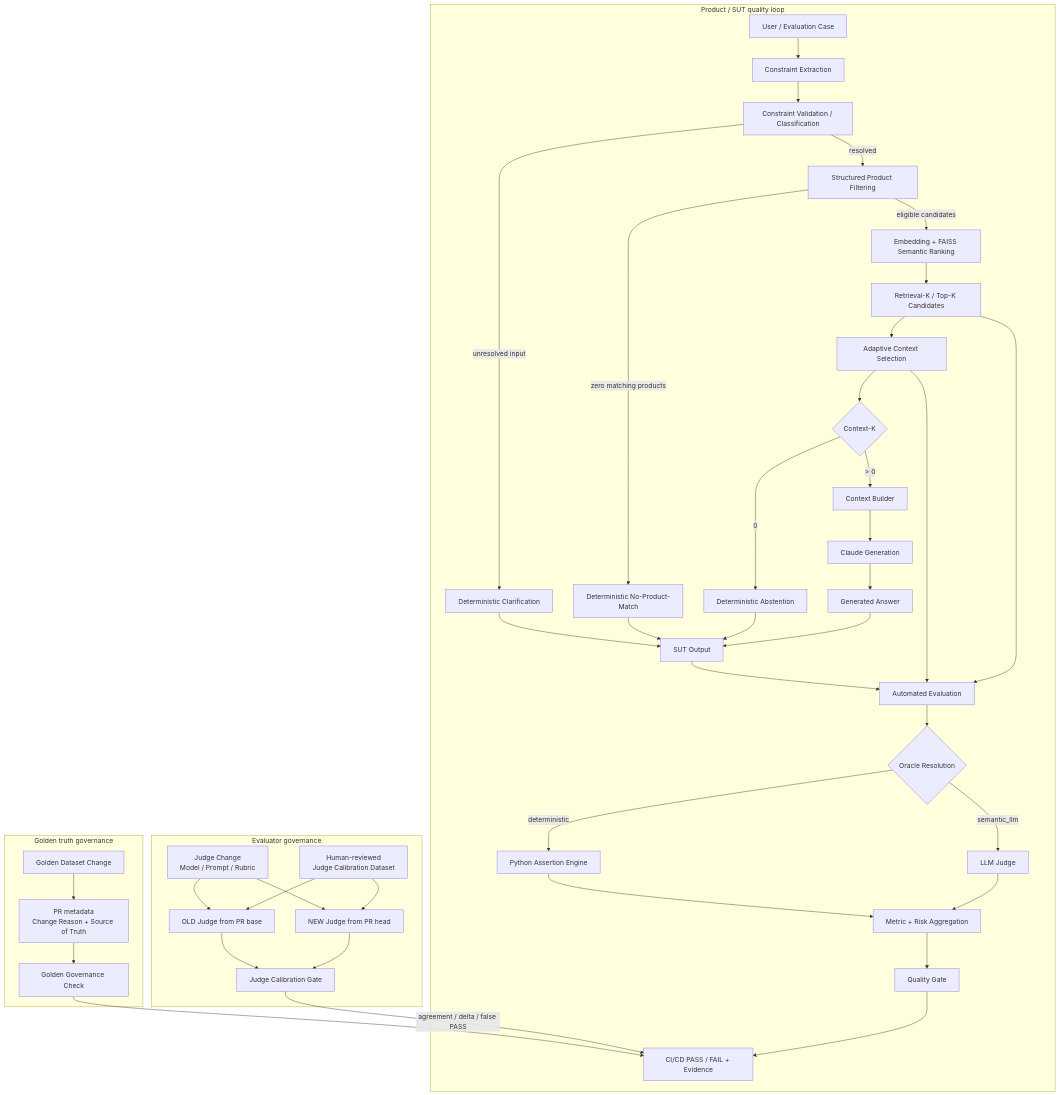
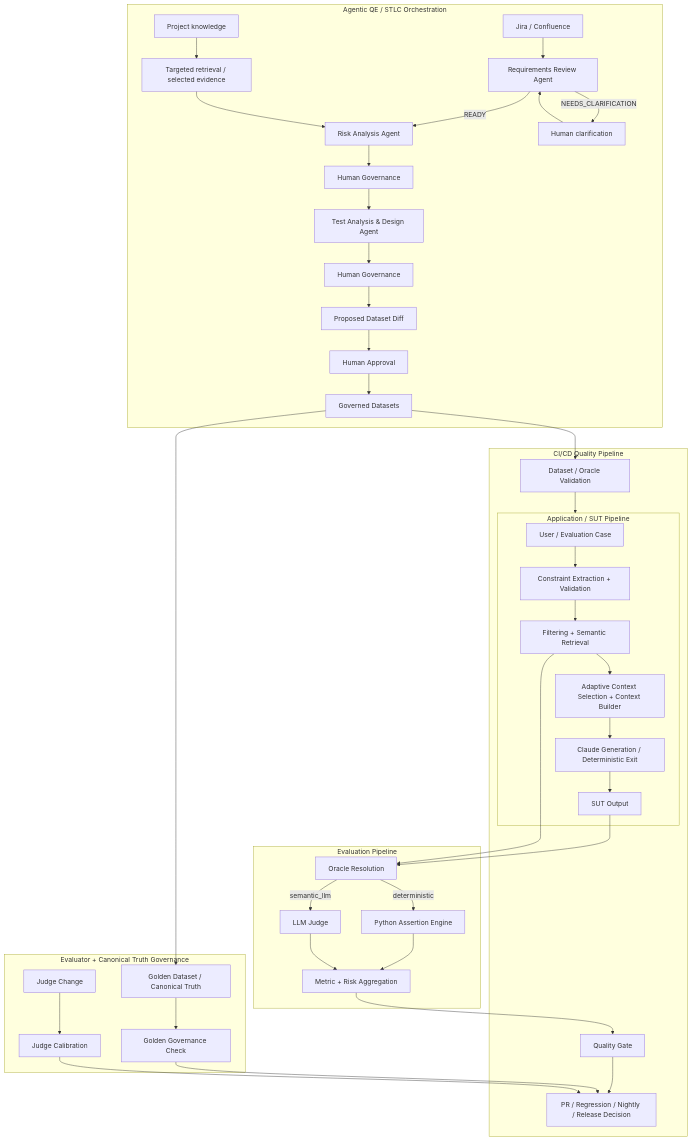
The diagram in README.md (oleksandrserhieiev-beep/ai-qe-lab), drawn with Mermaid before and after one commit. The commit also changed other lines of this file, not shown here.

Commit message:
docs: extend README master architecture with Agentic QE

````diff
--- a/README.md
+++ b/README.md
@@ -17,48 +19,50 @@
 ```mermaid
-flowchart TD
-    subgraph PRODUCT["Product / SUT quality loop"]
-        U["User / Evaluation Case"] --> CE["Constraint Extraction"]
-        CE --> CV["Constraint Validation / Classification"]
-        CV -->|unresolved input| CL["Deterministic Clarification"]
-        CV -->|resolved| SF["Structured Product Filtering"]
-        SF -->|zero matching products| NM["Deterministic No-Product-Match"]
-        SF -->|eligible candidates| SR["Embedding + FAISS Semantic Ranking"]
-        SR --> RK["Retrieval-K / Top-K Candidates"]
-        RK --> AS["Adaptive Context Selection"]
-        AS --> CK{"Context-K"}
-        CK -->|0| AB["Deterministic Abstention"]
-        CK -->|> 0| CB["Context Builder"]
-        CB --> LLM["Claude Generation"]
-        LLM --> ANS["Generated Answer"]
-        CL --> OUT["SUT Output"]
-        NM --> OUT
-        AB --> OUT
-        ANS --> OUT
-        OUT --> EV["Automated Evaluation"]
-        RK --> EV
-        AS --> EV
-        EV --> OR{"Oracle Resolution"}
-        OR -->|deterministic| PY["Python Assertion Engine"]
-        OR -->|semantic_llm| J["LLM Judge"]
+flowchart TB
+    subgraph ORCH["Agentic QE / STLC Orchestration"]
+        JIRA["Jira / Confluence"] --> RR["Requirements Review Agent"]
+        RR -->|READY| RA["Risk Analysis Agent"]
+        RR -->|NEEDS_CLARIFICATION| HC["Human clarification"]
+        HC --> RR
+        KNOW["Project knowledge"] --> RET["Targeted retrieval / selected evidence"]
+        RET --> RA
+        RA --> HG1["Human Governance"]
+        HG1 --> TD["Test Analysis & Design Agent"]
+        TD --> HG2["Human Governance"]
+        HG2 --> PATCH["Proposed Dataset Diff"]
+        PATCH --> APPROVE["Human Approval"]
+        APPROVE --> DS["Governed Datasets"]
+    end
+
+    subgraph APP["Application / SUT Pipeline"]
+        IN["User / Evaluation Case"] --> CE["Constraint Extraction + Validation"]
+        CE --> SR["Filtering + Semantic Retrieval"]
+        SR --> CTX["Adaptive Context Selection + Context Builder"]
+        CTX --> GEN["Claude Generation / Deterministic Exit"]
+        GEN --> OUT["SUT Output"]
+    end
+
+    subgraph EVAL["Evaluation Pipeline"]
+        OUT --> ORA["Oracle Resolution"]
+        SR --> ORA
+        ORA -->|deterministic| PY["Python Assertion Engine"]
+        ORA -->|semantic_llm| J["LLM Judge"]
         PY --> AG["Metric + Risk Aggregation"]
         J --> AG
-        AG --> G["Quality Gate"]
-        G --> CI["CI/CD PASS / FAIL + Evidence"]
     end
 
-    subgraph JUDGE_GOV["Evaluator governance"]
-        JC["Judge Change\nModel / Prompt / Rubric"] --> OLD["OLD Judge from PR base"]
-        JC --> NEW["NEW Judge from PR head"]
-        CAL["Human-reviewed\nJudge Calibration Dataset"] --> OLD
-        CAL --> NEW
-        OLD --> JG["Judge Calibration Gate"]
-        NEW --> JG
-        JG -->|agreement / delta / false PASS| CI
+    subgraph CICD["CI/CD Quality Pipeline"]
+        DS --> DV["Dataset / Oracle Validation"]
+        DV --> APP
+        AG --> QG["Quality Gate"]
+        QG --> DEC["PR / Regression / Nightly / Release Decision"]
     end
 
-    subgraph GOLD_GOV["Golden truth governance"]
-        GC["Golden Dataset Change"] --> GM["PR metadata\nChange Reason + Source of Truth"]
-        GM --> GG["Golden Governance Check"]
-        GG --> CI
+    subgraph GOV["Evaluator + Canonical Truth Governance"]
+        GOLD["Golden Dataset / Canonical Truth"] --> GG["Golden Governance Check"]
+        JC["Judge Change"] --> CAL["Judge Calibration"]
+        GG --> DEC
+        CAL --> DEC
     end
+
+    DS --> GOLD
 ```
````
